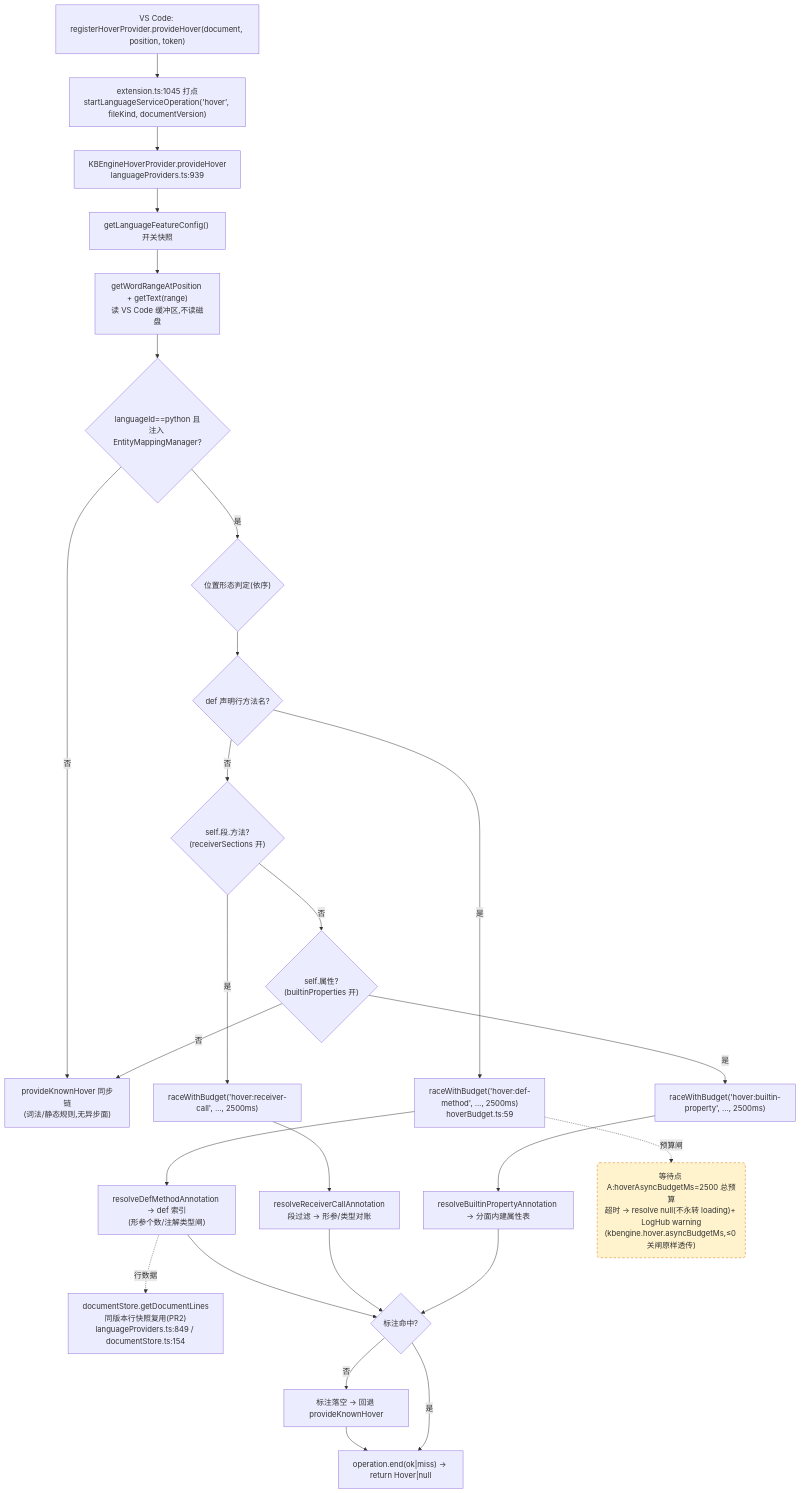
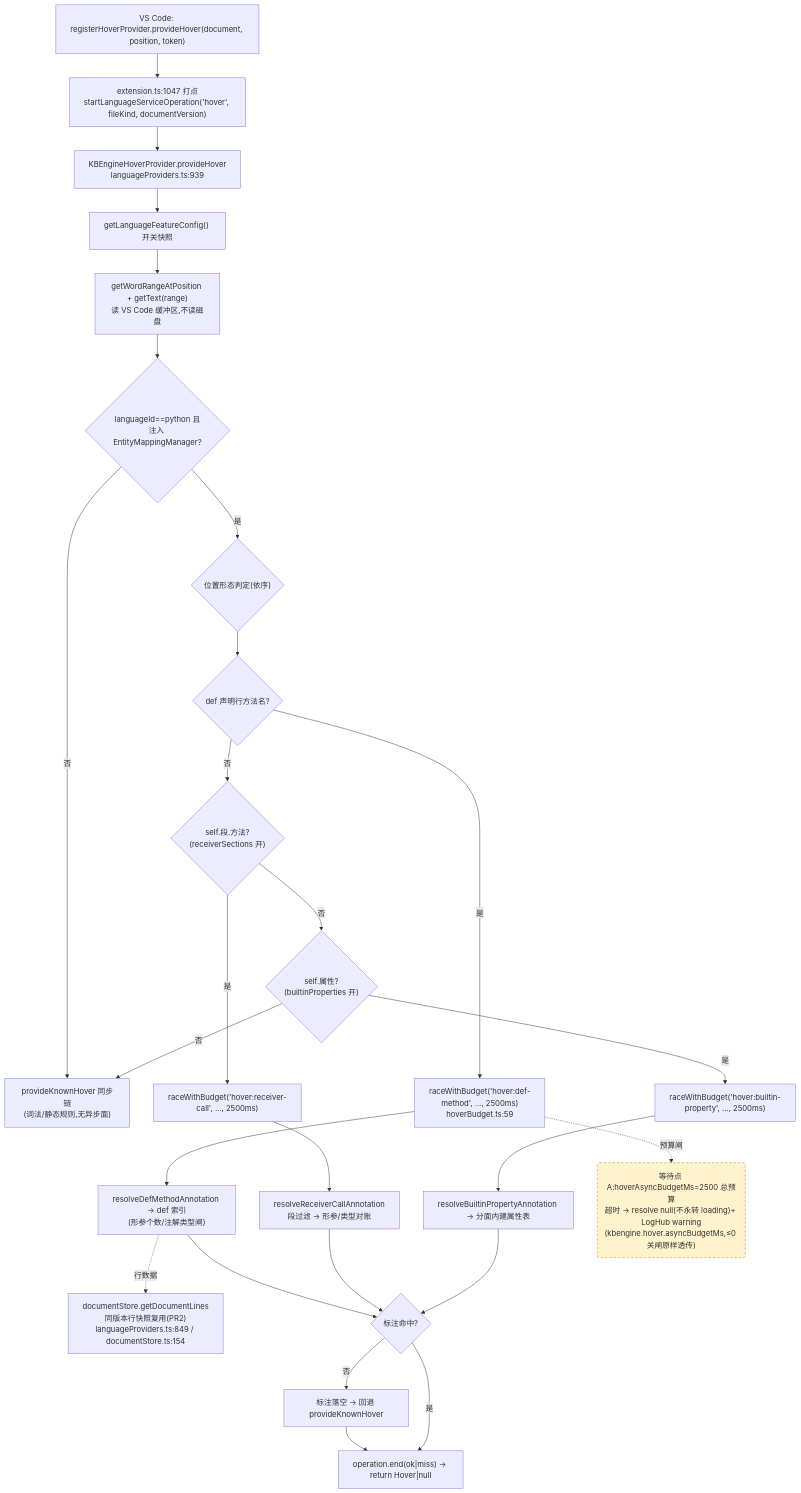
One commit to cuihairu/kode changed the first of 4 diagrams in docs/perf/2026-baseline.md. Above: the diagram before and after it, drawn with Mermaid. The commit also changed other lines of this file and 5 other files, not shown here.

````diff
--- a/docs/perf/2026-baseline.md
+++ b/docs/perf/2026-baseline.md
@@ -82,45 +82,45 @@
 ```mermaid
 flowchart TD
   VC1["VS Code: registerHoverProvider.provideHover(document, position, token)"]
-  M1["extension.ts:1045 打点<br/>startLanguageServiceOperation('hover', fileKind, documentVersion)"]
+  M1["extension.ts:1047 打点<br/>startLanguageServiceOperation('hover', fileKind, documentVersion)"]
   HP["KBEngineHoverProvider.provideHover<br/>languageProviders.ts:939"]
   CFG["getLanguageFeatureConfig() 开关快照"]
   WORD["getWordRangeAtPosition + getText(range)<br/>读 VS Code 缓冲区,不读磁盘"]
   BR{"languageId==python 且<br/>注入 EntityMappingManager?"}
   KN["provideKnownHover 同步链<br/>(词法/静态规则,无异步面)"]
   POS{"位置形态判定(依序)"}
   D1{"def 声明行方法名?"}
   D2{"self.段.方法?<br/>(receiverSections 开)"}
   D3{"self.属性?<br/>(builtinProperties 开)"}
   RA1["raceWithBudget('hover:def-method', …, 2500ms)<br/>hoverBudget.ts:59"]
   RA2["raceWithBudget('hover:receiver-call', …, 2500ms)"]
   RA3["raceWithBudget('hover:builtin-property', …, 2500ms)"]
   RS1["resolveDefMethodAnnotation → def 索引<br/>(形参个数/注解类型闸)"]
   RS2["resolveReceiverCallAnnotation<br/>段过滤 → 形参/类型对账"]
   RS3["resolveBuiltinPropertyAnnotation → 分面内建属性表"]
   LINES["documentStore.getDocumentLines<br/>同版本行快照复用(PR2)<br/>languageProviders.ts:849 / documentStore.ts:154"]
   MISS["标注落空 → 回退 provideKnownHover"]
   END1["operation.end(ok|miss) → return Hover|null"]
 
   VC1 --> M1 --> HP --> CFG --> WORD --> BR
   BR -- "否" --> KN
   BR -- "是" --> POS --> D1
   D1 -- "是" --> RA1 --> RS1
   D1 -- "否" --> D2
   D2 -- "是" --> RA2 --> RS2
   D2 -- "否" --> D3
   D3 -- "是" --> RA3 --> RS3
   D3 -- "否" --> KN
   RS1 --> HIT{"标注命中?"}
   RS2 --> HIT
   RS3 --> HIT
   RS1 -.->|行数据| LINES
   HIT -- "否" --> MISS --> END1
   HIT -- "是" --> END1
 
   WAITA("等待点 A:hoverAsyncBudgetMs=2500 总预算<br/>超时 → resolve null(不永转 loading)+ LogHub warning<br/>(kbengine.hover.asyncBudgetMs,≤0 关闸原样透传)")
   RA1 -.->|预算闸| WAITA
 
   classDef waitPoint fill:#fff3cd,stroke:#d97706,stroke-dasharray:5 4;
   class WAITA waitPoint;
 ```
````
